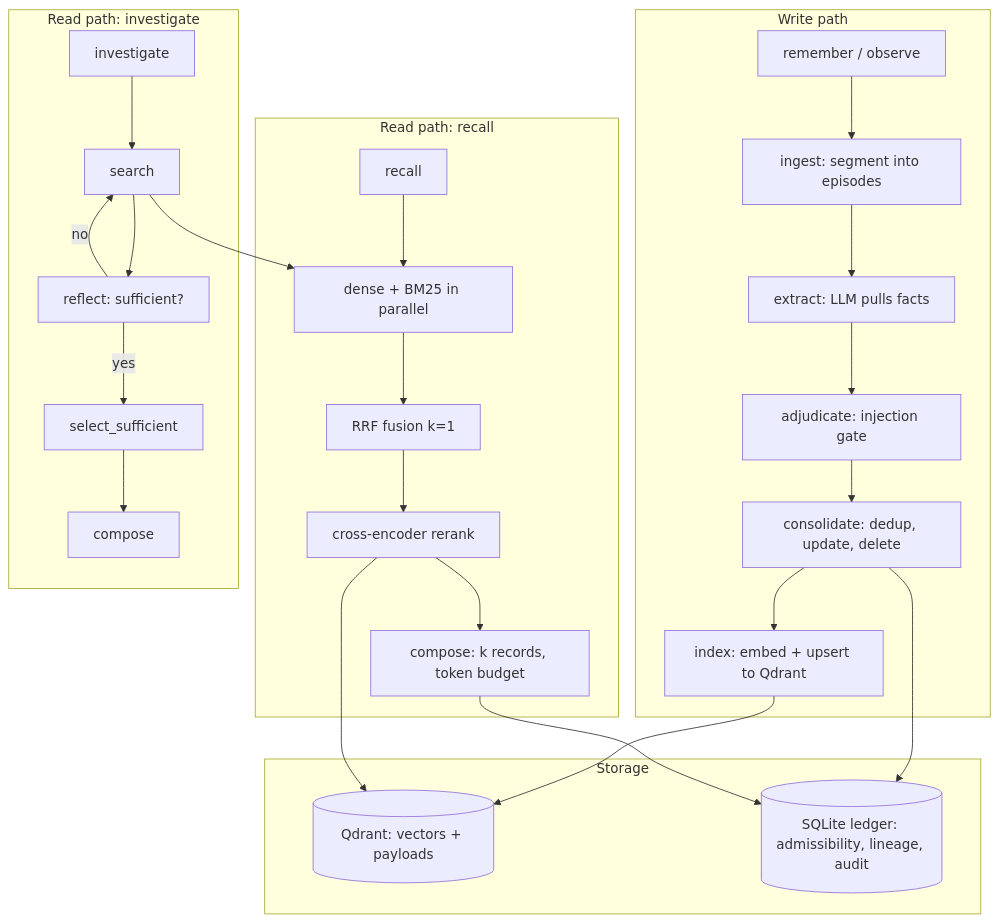
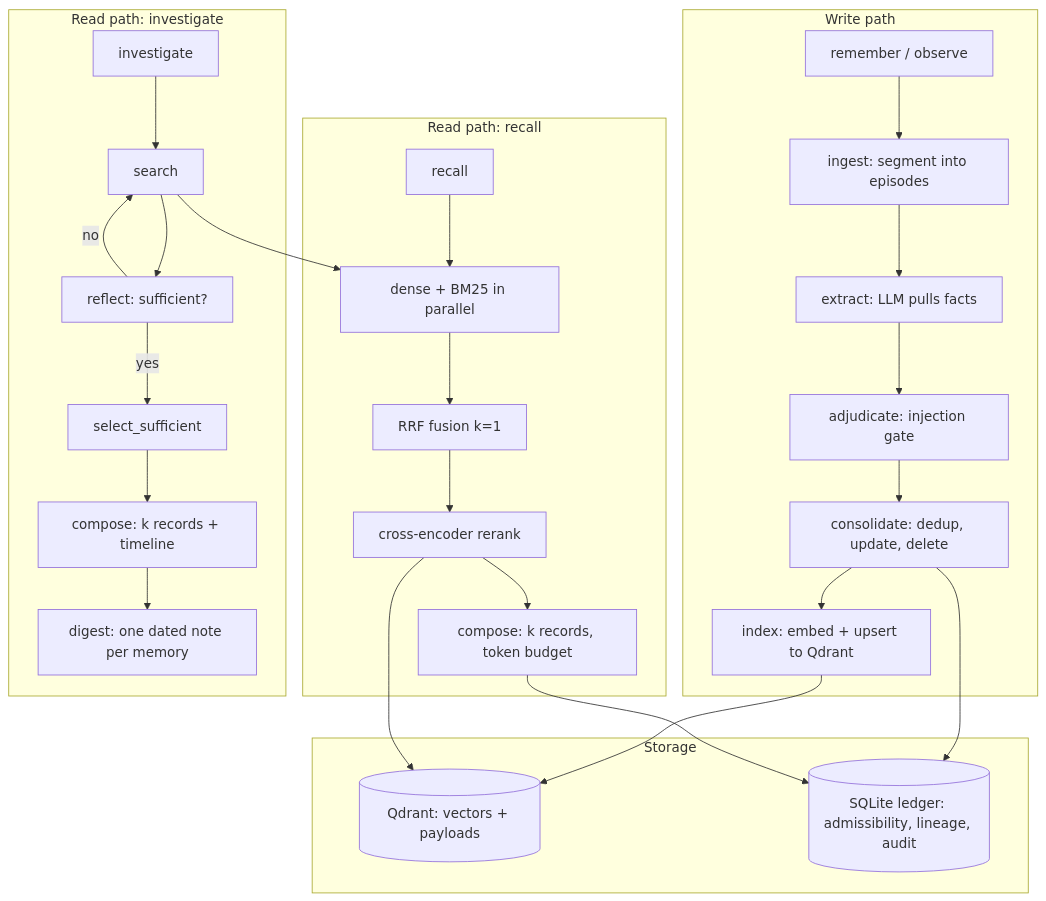
One commit to home-still/myelin changed the diagram in README.md. Above: the diagram before and after it, drawn with Mermaid. The commit also changed 1 other file, not shown here.

Commit message:
docs: the shipped read path and how a number gets made (#34)
- README's investigate diagram gains the step that ships since M43: compose
  (k records + timeline) → digest (one dated note per memory).
- EVALUATION.md §6.4: the shipped LongMemEval_S operating point, the
  progression 56.40 → 62.00 → 67.80 with the two default flips that made
  it, and the method every arm goes through — pre-registration, one-switch
  arm, seeded judge for an exact control, paired bootstrap, the +3.0 bar
  and the abstention veto — plus what the literature comparison is worth
  (caveat-judge, arm marking, the one claimable row).

````diff
--- a/README.md
+++ b/README.md
@@ -42,36 +42,37 @@
 ```mermaid
 graph TB
     subgraph "Write path"
         W1[remember / observe] --> W2[ingest: segment into episodes]
         W2 --> W3[extract: LLM pulls facts]
         W3 --> W4[adjudicate: injection gate]
         W4 --> W5[consolidate: dedup, update, delete]
         W5 --> W6[index: embed + upsert to Qdrant]
     end
 
     subgraph "Read path: recall"
         R1[recall] --> R2[dense + BM25 in parallel]
         R2 --> R3[RRF fusion k=1]
         R3 --> R4[cross-encoder rerank]
         R4 --> R5[compose: k records, token budget]
     end
 
     subgraph "Read path: investigate"
         I1[investigate] --> I2[search]
         I2 --> I3[reflect: sufficient?]
         I3 -->|no| I2
         I3 -->|yes| I4[select_sufficient]
-        I4 --> I5[compose]
+        I4 --> I5[compose: k records + timeline]
+        I5 --> I6[digest: one dated note per memory]
     end
 
     subgraph "Storage"
         Q[(Qdrant: vectors + payloads)]
         S[(SQLite ledger: admissibility, lineage, audit)]
     end
 
     W6 --> Q
     W5 --> S
     R5 --> S
     R4 --> Q
     I2 --> R2
 ```
````
